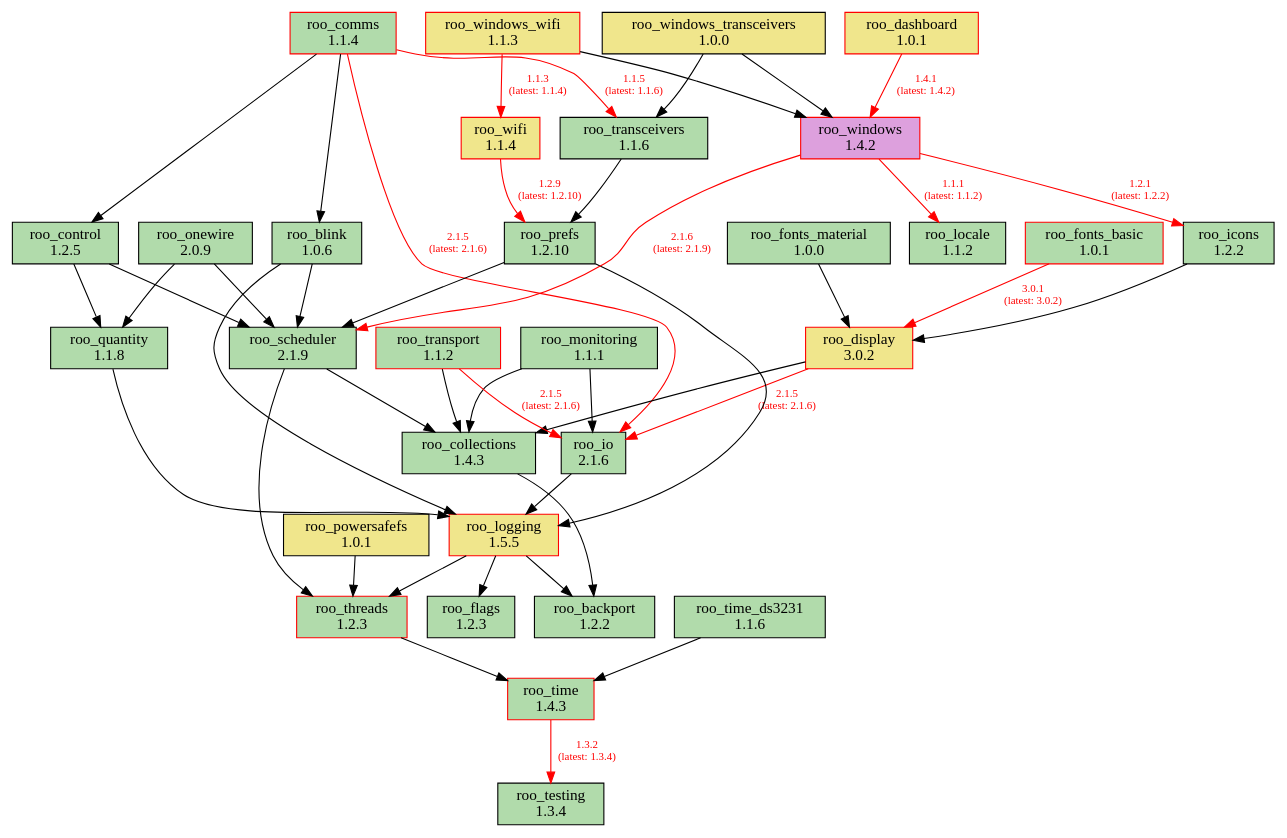
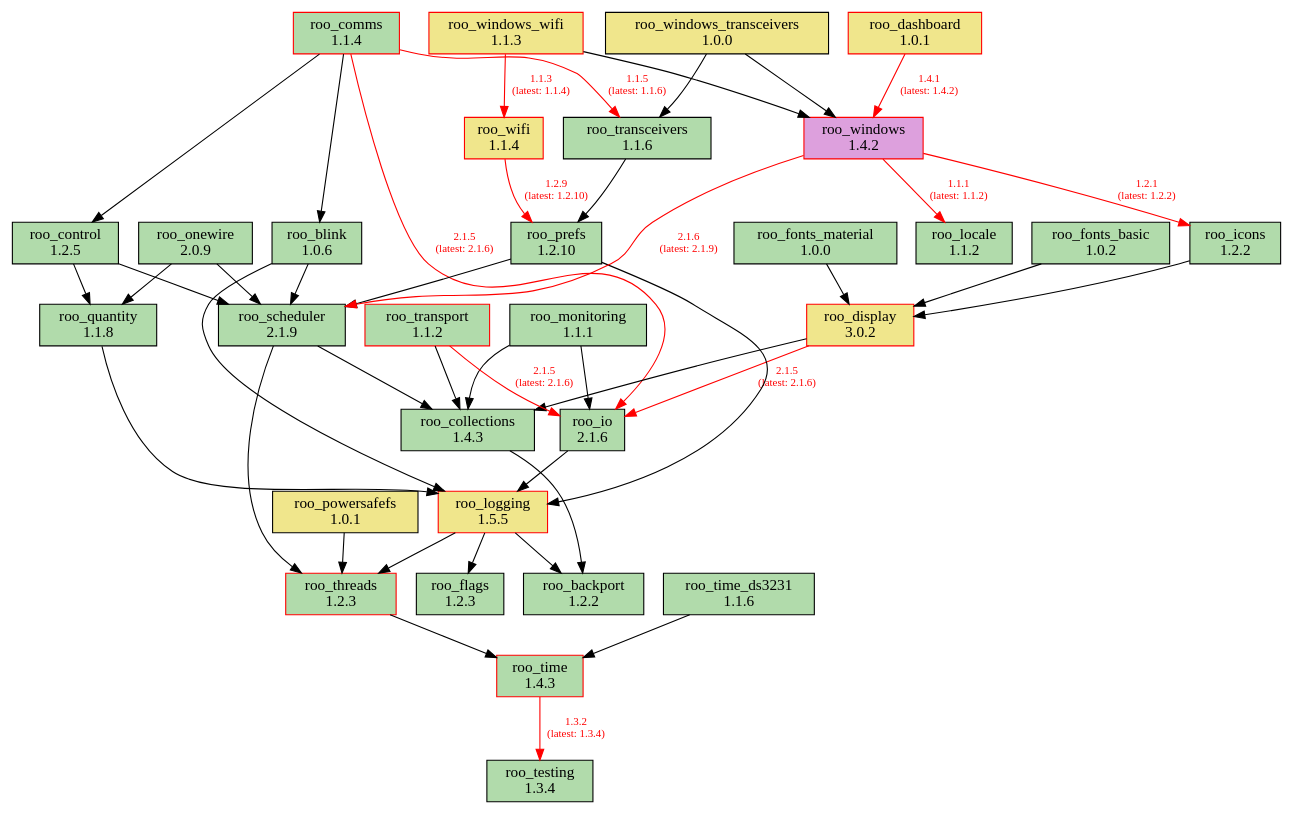
The diagram in doc/dependencies.dot (dejwk/roo-registry), drawn with Graphviz before and after one commit. The commit also changed 3 other files, not shown here.

Commit message:
Added roo_fonts_basic 1.0.2 to the registry.

```diff
--- a/doc/dependencies.dot
+++ b/doc/dependencies.dot
@@ -1,82 +1,82 @@
 digraph dependencies {
     rankdir=TB;
     node [shape=box, style=filled];
     edge [fontsize=10];
 
     // Modules
     "roo_backport" [label="roo_backport\n1.2.2", fillcolor="#b1dbab", color="black"];
     "roo_blink" [label="roo_blink\n1.0.6", fillcolor="#b1dbab", color="black"];
     "roo_collections" [label="roo_collections\n1.4.3", fillcolor="#b1dbab", color="black"];
     "roo_comms" [label="roo_comms\n1.1.4", fillcolor="#b1dbab", color="red"];
     "roo_control" [label="roo_control\n1.2.5", fillcolor="#b1dbab", color="black"];
     "roo_dashboard" [label="roo_dashboard\n1.0.1", fillcolor="khaki", color="red"];
     "roo_display" [label="roo_display\n3.0.2", fillcolor="khaki", color="red"];
     "roo_flags" [label="roo_flags\n1.2.3", fillcolor="#b1dbab", color="black"];
-    "roo_fonts_basic" [label="roo_fonts_basic\n1.0.1", fillcolor="#b1dbab", color="red"];
+    "roo_fonts_basic" [label="roo_fonts_basic\n1.0.2", fillcolor="#b1dbab", color="black"];
     "roo_fonts_material" [label="roo_fonts_material\n1.0.0", fillcolor="#b1dbab", color="black"];
     "roo_icons" [label="roo_icons\n1.2.2", fillcolor="#b1dbab", color="black"];
     "roo_io" [label="roo_io\n2.1.6", fillcolor="#b1dbab", color="black"];
     "roo_locale" [label="roo_locale\n1.1.2", fillcolor="#b1dbab", color="black"];
     "roo_logging" [label="roo_logging\n1.5.5", fillcolor="khaki", color="red"];
     "roo_monitoring" [label="roo_monitoring\n1.1.1", fillcolor="#b1dbab", color="black"];
     "roo_onewire" [label="roo_onewire\n2.0.9", fillcolor="#b1dbab", color="black"];
     "roo_powersafefs" [label="roo_powersafefs\n1.0.1", fillcolor="khaki", color="black"];
     "roo_prefs" [label="roo_prefs\n1.2.10", fillcolor="#b1dbab", color="black"];
     "roo_quantity" [label="roo_quantity\n1.1.8", fillcolor="#b1dbab", color="black"];
     "roo_scheduler" [label="roo_scheduler\n2.1.9", fillcolor="#b1dbab", color="black"];
     "roo_testing" [label="roo_testing\n1.3.4", fillcolor="#b1dbab", color="black"];
     "roo_threads" [label="roo_threads\n1.2.3", fillcolor="#b1dbab", color="red"];
     "roo_time" [label="roo_time\n1.4.3", fillcolor="#b1dbab", color="red"];
     "roo_time_ds3231" [label="roo_time_ds3231\n1.1.6", fillcolor="#b1dbab", color="black"];
     "roo_transceivers" [label="roo_transceivers\n1.1.6", fillcolor="#b1dbab", color="black"];
     "roo_transport" [label="roo_transport\n1.1.2", fillcolor="#b1dbab", color="red"];
     "roo_wifi" [label="roo_wifi\n1.1.4", fillcolor="khaki", color="red"];
     "roo_windows" [label="roo_windows\n1.4.2", fillcolor="plum", color="red"];
     "roo_windows_transceivers" [label="roo_windows_transceivers\n1.0.0", fillcolor="khaki", color="black"];
     "roo_windows_wifi" [label="roo_windows_wifi\n1.1.3", fillcolor="khaki", color="red"];
 
     // Dependencies
     "roo_blink" -> "roo_logging";
     "roo_blink" -> "roo_scheduler";
     "roo_collections" -> "roo_backport";
     "roo_comms" -> "roo_blink";
     "roo_comms" -> "roo_control";
     "roo_comms" -> "roo_io" [color=red, fontcolor=red, label="2.1.5\n(latest: 2.1.6)"];
     "roo_comms" -> "roo_transceivers" [color=red, fontcolor=red, label="1.1.5\n(latest: 1.1.6)"];
     "roo_control" -> "roo_quantity";
     "roo_control" -> "roo_scheduler";
     "roo_dashboard" -> "roo_windows" [color=red, fontcolor=red, label="1.4.1\n(latest: 1.4.2)"];
     "roo_display" -> "roo_collections";
     "roo_display" -> "roo_io" [color=red, fontcolor=red, label="2.1.5\n(latest: 2.1.6)"];
-    "roo_fonts_basic" -> "roo_display" [color=red, fontcolor=red, label="3.0.1\n(latest: 3.0.2)"];
+    "roo_fonts_basic" -> "roo_display";
     "roo_fonts_material" -> "roo_display";
     "roo_icons" -> "roo_display";
     "roo_io" -> "roo_logging";
     "roo_logging" -> "roo_backport";
     "roo_logging" -> "roo_flags";
     "roo_logging" -> "roo_threads";
     "roo_monitoring" -> "roo_collections";
     "roo_monitoring" -> "roo_io";
     "roo_onewire" -> "roo_scheduler";
     "roo_onewire" -> "roo_quantity";
     "roo_powersafefs" -> "roo_threads";
     "roo_prefs" -> "roo_logging";
     "roo_prefs" -> "roo_scheduler";
     "roo_quantity" -> "roo_logging";
     "roo_scheduler" -> "roo_collections";
     "roo_scheduler" -> "roo_threads";
     "roo_threads" -> "roo_time";
     "roo_time" -> "roo_testing" [color=red, fontcolor=red, label="1.3.2\n(latest: 1.3.4)"];
     "roo_time_ds3231" -> "roo_time";
     "roo_transceivers" -> "roo_prefs";
     "roo_transport" -> "roo_collections";
     "roo_transport" -> "roo_io" [color=red, fontcolor=red, label="2.1.5\n(latest: 2.1.6)"];
     "roo_wifi" -> "roo_prefs" [color=red, fontcolor=red, label="1.2.9\n(latest: 1.2.10)"];
     "roo_windows" -> "roo_locale" [color=red, fontcolor=red, label="1.1.1\n(latest: 1.1.2)"];
     "roo_windows" -> "roo_icons" [color=red, fontcolor=red, label="1.2.1\n(latest: 1.2.2)"];
     "roo_windows" -> "roo_scheduler" [color=red, fontcolor=red, label="2.1.6\n(latest: 2.1.9)"];
     "roo_windows_transceivers" -> "roo_transceivers";
     "roo_windows_transceivers" -> "roo_windows";
     "roo_windows_wifi" -> "roo_wifi" [color=red, fontcolor=red, label="1.1.3\n(latest: 1.1.4)"];
     "roo_windows_wifi" -> "roo_windows";
 }
```
